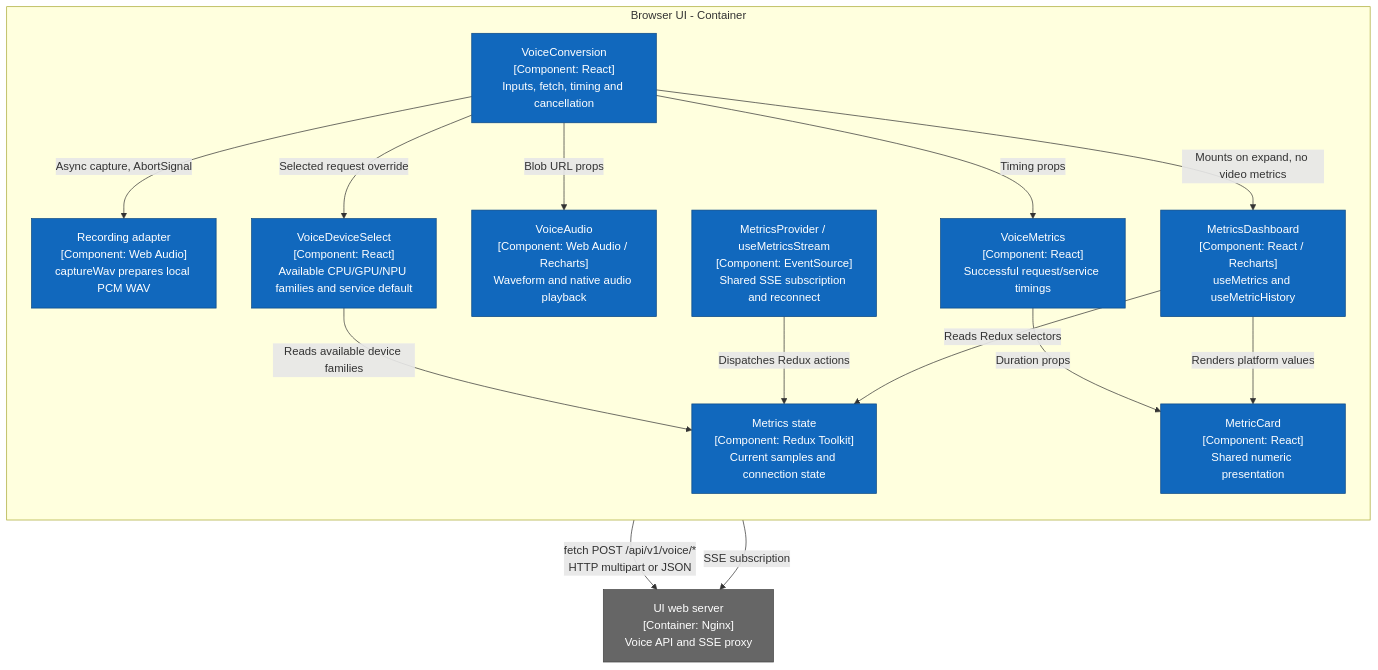
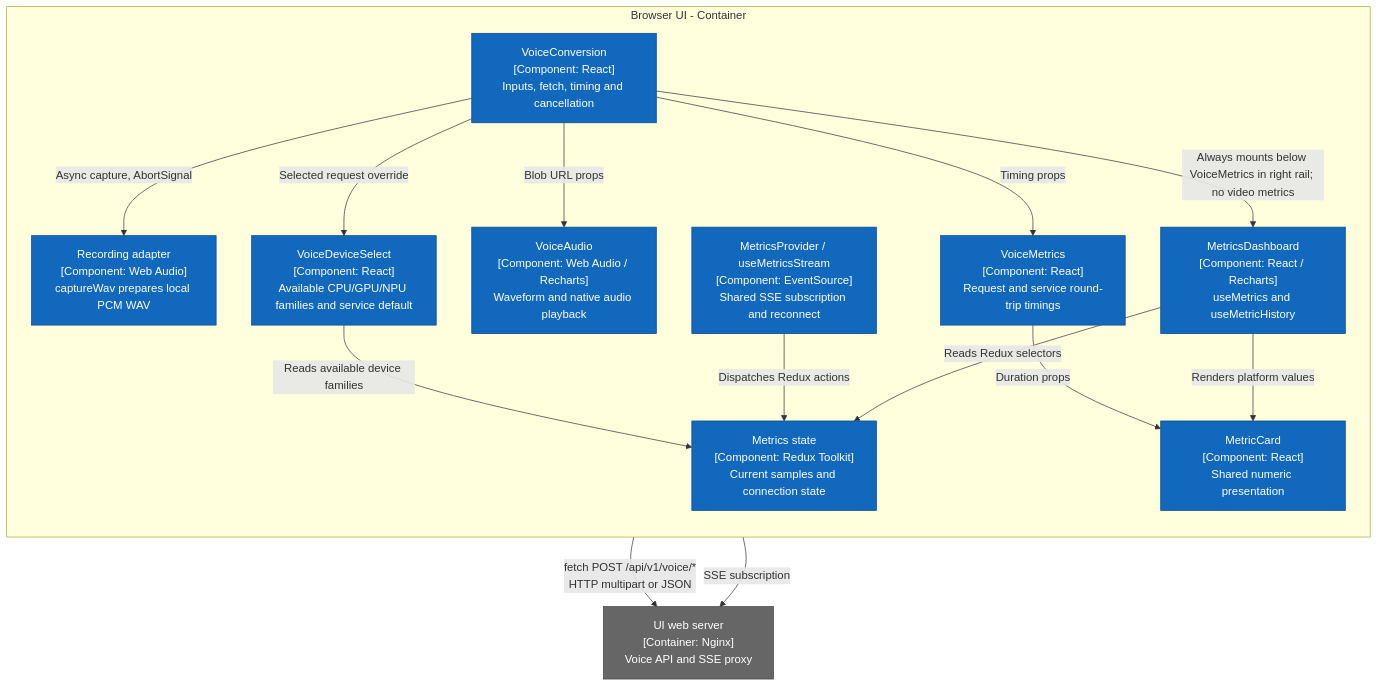
One commit to open-edge-platform/edge-ai-libraries changed the third of 9 diagrams in tools/visual-pipeline-and-platform-evaluation-tool/docs/user-guide/developer-guide/voice-architecture.md. Above: the diagram before and after it, drawn with Mermaid. The commit also changed other lines of this file and 7 other files, not shown here.

````diff
--- a/tools/visual-pipeline-and-platform-evaluation-tool/docs/user-guide/developer-guide/voice-architecture.md
+++ b/tools/visual-pipeline-and-platform-evaluation-tool/docs/user-guide/developer-guide/voice-architecture.md
@@ -123,30 +125,30 @@
 ```mermaid
 flowchart TB
   web["UI web server<br/>[Container: Nginx]<br/>Voice API and SSE proxy"]:::external
   subgraph spa[Browser UI - Container]
     direction TB
     voice["VoiceConversion<br/>[Component: React]<br/>Inputs, fetch, timing and cancellation"]:::internal
     device["VoiceDeviceSelect<br/>[Component: React]<br/>Available CPU/GPU/NPU families and service default"]:::internal
     recorder["Recording adapter<br/>[Component: Web Audio]<br/>captureWav prepares local PCM WAV"]:::internal
     audio["VoiceAudio<br/>[Component: Web Audio / Recharts]<br/>Waveform and native audio playback"]:::internal
-    timings["VoiceMetrics<br/>[Component: React]<br/>Successful request/service timings"]:::internal
+    timings["VoiceMetrics<br/>[Component: React]<br/>Request and service round-trip timings"]:::internal
     stream["MetricsProvider / useMetricsStream<br/>[Component: EventSource]<br/>Shared SSE subscription and reconnect"]:::internal
     store["Metrics state<br/>[Component: Redux Toolkit]<br/>Current samples and connection state"]:::internal
     dashboard["MetricsDashboard<br/>[Component: React / Recharts]<br/>useMetrics and useMetricHistory"]:::internal
     cards["MetricCard<br/>[Component: React]<br/>Shared numeric presentation"]:::internal
     voice -->|Async capture, AbortSignal| recorder
     voice -->|Selected request override| device
     device -->|Reads available device families| store
     voice -->|Blob URL props| audio
     voice -->|Timing props| timings
     timings -->|Duration props| cards
-    voice -->|Mounts on expand, no video metrics| dashboard
+    voice -->|Always mounts below VoiceMetrics in right rail; no video metrics| dashboard
     stream -->|Dispatches Redux actions| store
     dashboard -->|Reads Redux selectors| store
     dashboard -->|Renders platform values| cards
   end
   voice -->|"fetch POST /api/v1/voice/*<br/>HTTP multipart or JSON"| web
   stream -->|"SSE subscription"| web
   classDef internal fill:#1168bd,color:#fff,stroke:#0b4884
   classDef external fill:#666,color:#fff,stroke:#444
 ```
````
